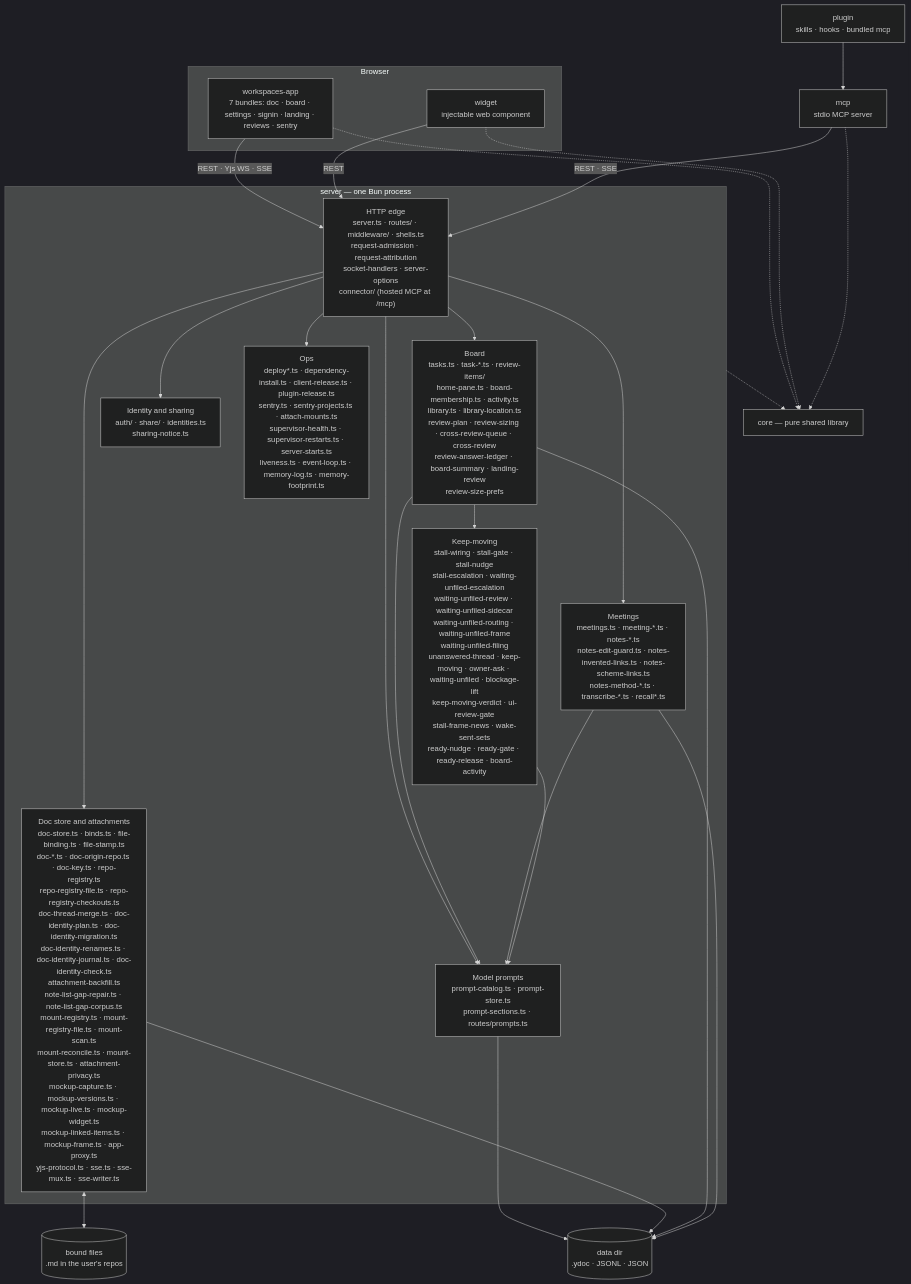
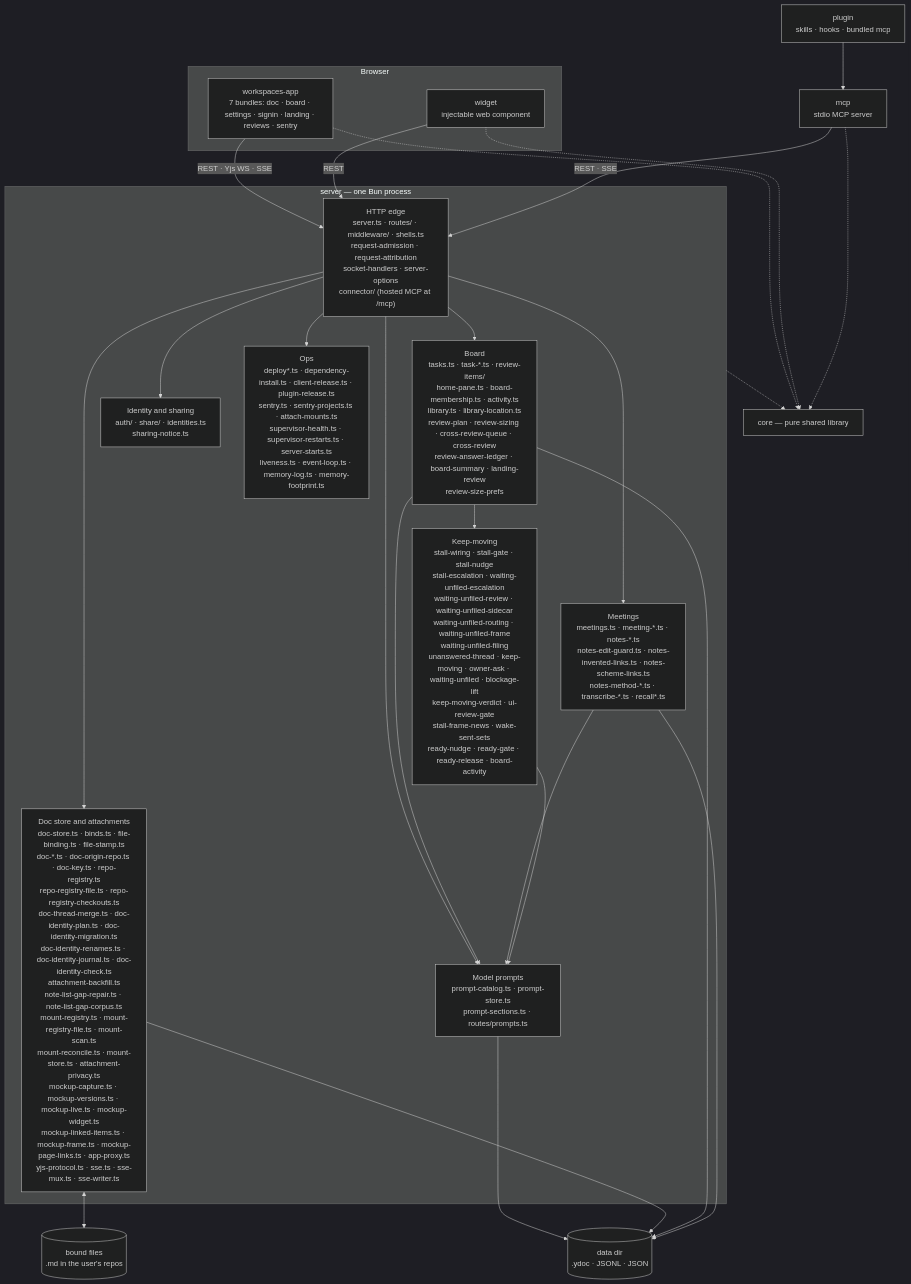
One commit to fryanpan/claude-workspaces-plugin changed the first of 2 diagrams in docs/architecture/overview.md. Above: the diagram before and after it, drawn with Mermaid (dark theme). The commit also changed other lines of this file and 4 other files, not shown here.

First line of the commit message:
attach_mockup warns when the page links other pages root-relatively

````diff
--- a/docs/architecture/overview.md
+++ b/docs/architecture/overview.md
@@ -45,35 +45,35 @@
 ```mermaid
 flowchart TB
   subgraph browser[Browser]
     app["workspaces-app<br/>7 bundles: doc · board · settings · signin · landing · reviews · sentry"]
     wid["widget<br/>injectable web component"]
   end
   plug["plugin<br/>skills · hooks · bundled mcp"]
   mcp["mcp<br/>stdio MCP server"]
   subgraph srv["server — one Bun process"]
     edge["HTTP edge<br/>server.ts · routes/ · middleware/ · shells.ts<br/>request-admission · request-attribution<br/>socket-handlers · server-options<br/>connector/ (hosted MCP at /mcp)"]
-    docs["Doc store and attachments<br/>doc-store.ts · binds.ts · file-binding.ts · file-stamp.ts<br/>doc-*.ts · doc-origin-repo.ts · doc-key.ts · repo-registry.ts<br/>repo-registry-file.ts · repo-registry-checkouts.ts<br/>doc-thread-merge.ts · doc-identity-plan.ts · doc-identity-migration.ts<br/>doc-identity-renames.ts · doc-identity-journal.ts · doc-identity-check.ts<br/>attachment-backfill.ts<br/>note-list-gap-repair.ts · note-list-gap-corpus.ts<br/>mount-registry.ts · mount-registry-file.ts · mount-scan.ts<br/>mount-reconcile.ts · mount-store.ts · attachment-privacy.ts<br/>mockup-capture.ts · mockup-versions.ts · mockup-live.ts · mockup-widget.ts<br/>mockup-linked-items.ts · mockup-frame.ts · app-proxy.ts<br/>yjs-protocol.ts · sse.ts · sse-mux.ts · sse-writer.ts"]
+    docs["Doc store and attachments<br/>doc-store.ts · binds.ts · file-binding.ts · file-stamp.ts<br/>doc-*.ts · doc-origin-repo.ts · doc-key.ts · repo-registry.ts<br/>repo-registry-file.ts · repo-registry-checkouts.ts<br/>doc-thread-merge.ts · doc-identity-plan.ts · doc-identity-migration.ts<br/>doc-identity-renames.ts · doc-identity-journal.ts · doc-identity-check.ts<br/>attachment-backfill.ts<br/>note-list-gap-repair.ts · note-list-gap-corpus.ts<br/>mount-registry.ts · mount-registry-file.ts · mount-scan.ts<br/>mount-reconcile.ts · mount-store.ts · attachment-privacy.ts<br/>mockup-capture.ts · mockup-versions.ts · mockup-live.ts · mockup-widget.ts<br/>mockup-linked-items.ts · mockup-frame.ts · mockup-page-links.ts · app-proxy.ts<br/>yjs-protocol.ts · sse.ts · sse-mux.ts · sse-writer.ts"]
     board["Board<br/>tasks.ts · task-*.ts · review-items/<br/>home-pane.ts · board-membership.ts · activity.ts<br/>library.ts · library-location.ts<br/>review-plan · review-sizing · cross-review-queue · cross-review<br/>review-answer-ledger · board-summary · landing-review<br/>review-size-prefs"]
     meet["Meetings<br/>meetings.ts · meeting-*.ts · notes-*.ts<br/>notes-edit-guard.ts · notes-invented-links.ts · notes-scheme-links.ts<br/>notes-method-*.ts · transcribe-*.ts · recall*.ts"]
     keep["Keep-moving<br/>stall-wiring · stall-gate · stall-nudge<br/>stall-escalation · waiting-unfiled-escalation<br/>waiting-unfiled-review · waiting-unfiled-sidecar<br/>waiting-unfiled-routing · waiting-unfiled-frame<br/>waiting-unfiled-filing<br/>unanswered-thread · keep-moving · owner-ask · waiting-unfiled · blockage-lift<br/>keep-moving-verdict · ui-review-gate<br/>stall-frame-news · wake-sent-sets<br/>ready-nudge · ready-gate · ready-release · board-activity"]
     ident["Identity and sharing<br/>auth/ · share/ · identities.ts<br/>sharing-notice.ts"]
     prompts["Model prompts<br/>prompt-catalog.ts · prompt-store.ts<br/>prompt-sections.ts · routes/prompts.ts"]
     ops["Ops<br/>deploy*.ts · dependency-install.ts · client-release.ts · plugin-release.ts<br/>sentry.ts · sentry-projects.ts · attach-mounts.ts<br/>supervisor-health.ts · supervisor-restarts.ts · server-starts.ts<br/>liveness.ts · event-loop.ts · memory-log.ts · memory-footprint.ts"]
   end
   core["core — pure shared library"]
   disk[("data dir<br/>.ydoc · JSONL · JSON")]
   files[("bound files<br/>.md in the user's repos")]
 
   app -->|"REST · Yjs WS · SSE"| edge
   wid -->|REST| edge
   plug --> mcp
   mcp -->|"REST · SSE"| edge
   edge --> docs & board & meet & ident & ops & prompts
   board & meet & keep --> prompts
   prompts --> disk
   board --> keep
   docs <--> files
   docs & board & meet --> disk
   app & wid & mcp -.-> core
   srv -.-> core
 ```
````
